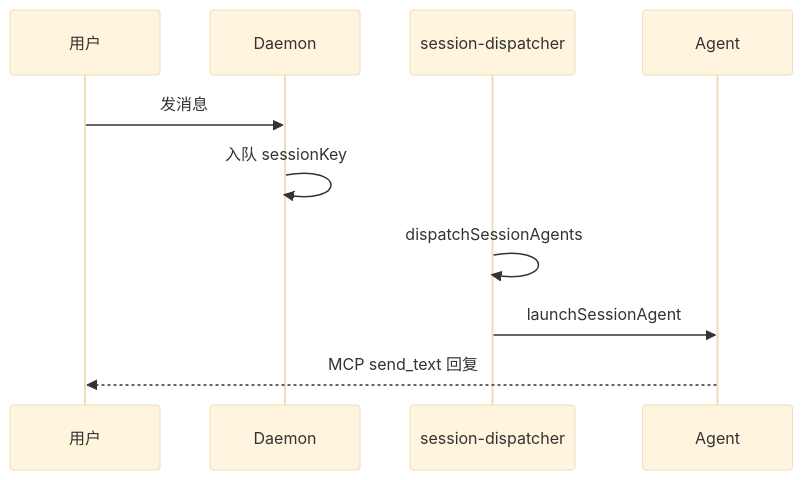
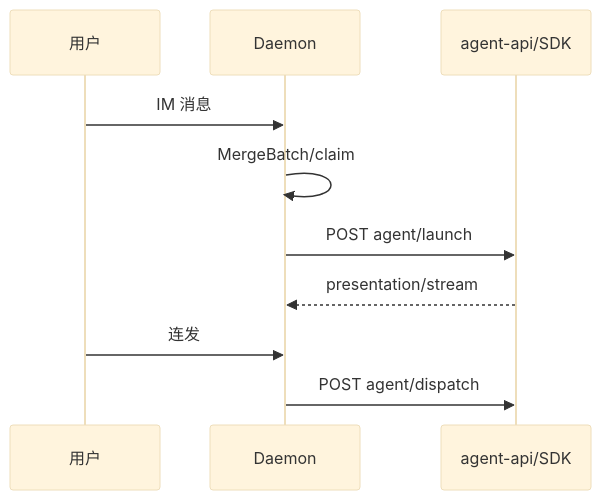
The diagram in knowledge/业务域/Agent调度/02-多会话模型.md (lk-eternal/cursor-claw), drawn with Mermaid (base theme) before and after one commit. The commit also changed other lines of this file and 33 other files, not shown here.

````diff
--- a/knowledge/业务域/Agent调度/02-多会话模型.md
+++ b/knowledge/业务域/Agent调度/02-多会话模型.md
@@ -34,12 +29,12 @@
 ```mermaid
 sequenceDiagram
   participant U as 用户
   participant D as Daemon
-  participant SD as session-dispatcher
-  participant A as Agent
-  U->>D: 发消息
-  D->>D: 入队 sessionKey
-  SD->>SD: dispatchSessionAgents
-  SD->>A: launchSessionAgent
-  A-->>U: MCP send_text 回复
+  participant A as agent-api/SDK
+  U->>D: IM 消息
+  D->>D: MergeBatch/claim
+  D->>A: POST agent/launch
+  A-->>D: presentation/stream
+  U->>D: 连发
+  D->>A: POST agent/dispatch
 ```
````
